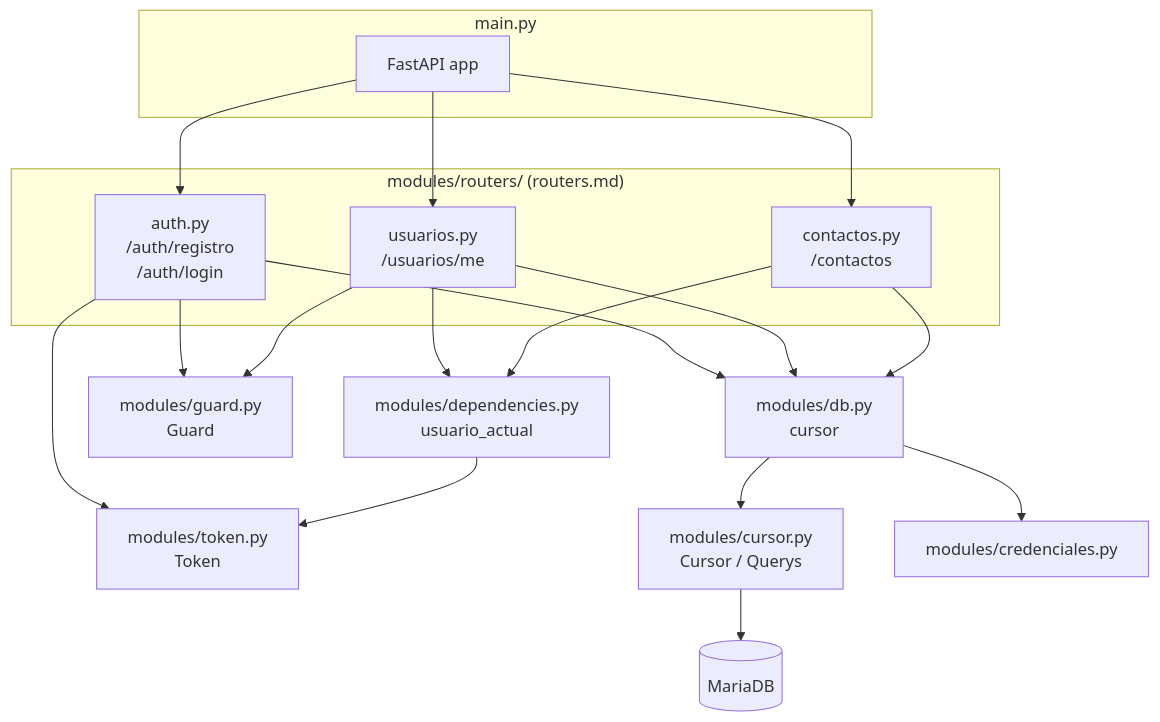
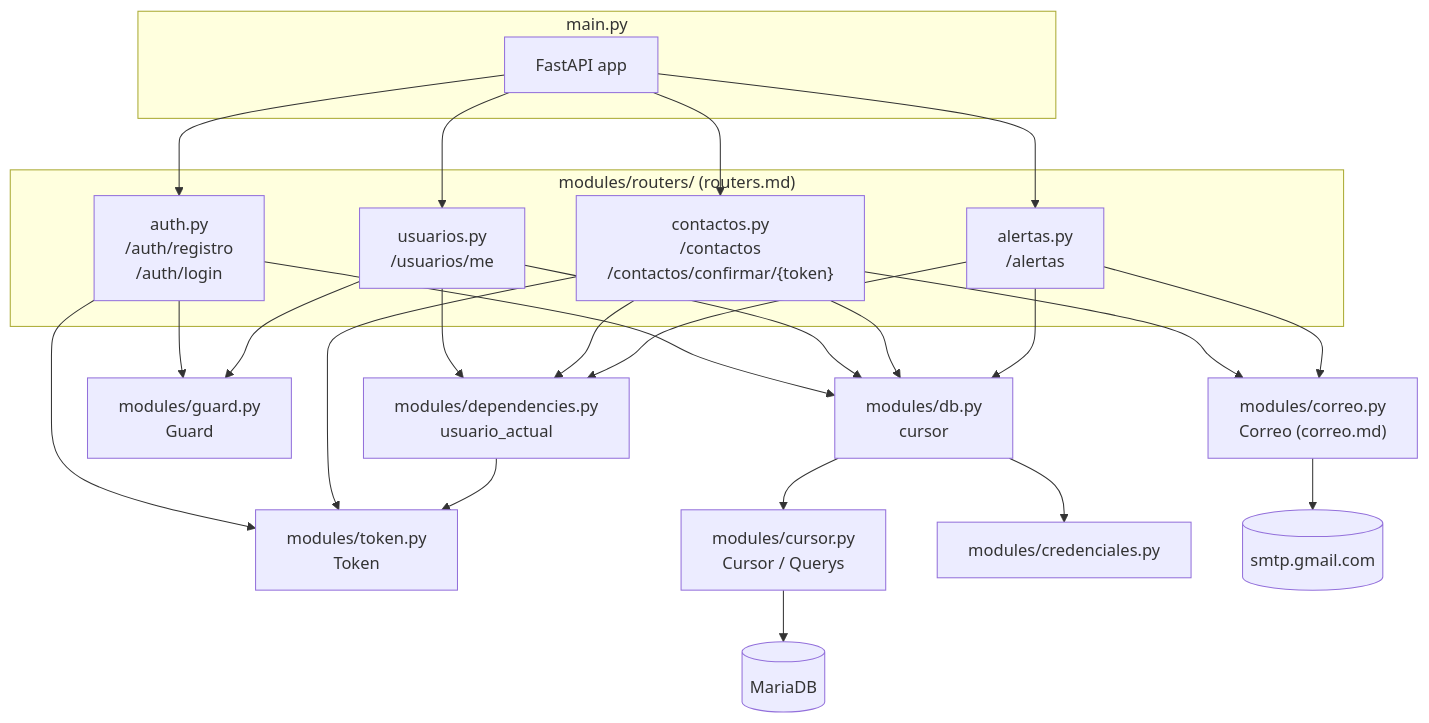
Before and after one commit to skellent/iOS-compiler: the diagram in docs/backend/main.md, drawn with Mermaid. The commit also changed other lines of this file and 14 other files, not shown here.

First line of the commit message:
Agregar sistema de alertas de pánico con notificación por correo

````diff
--- a/docs/backend/main.md
+++ b/docs/backend/main.md
@@ -29,41 +30,52 @@
 ```mermaid
 flowchart TD
     subgraph main["main.py"]
         APP["FastAPI app"]
     end
 
     subgraph routers["modules/routers/ (routers.md)"]
         AUTH["auth.py<br/>/auth/registro<br/>/auth/login"]
         USR["usuarios.py<br/>/usuarios/me"]
-        CON["contactos.py<br/>/contactos"]
+        CON["contactos.py<br/>/contactos<br/>/contactos/confirmar/{token}"]
+        ALT["alertas.py<br/>/alertas"]
     end
 
     DEPS["modules/dependencies.py<br/>usuario_actual"]
     TOKEN["modules/token.py<br/>Token"]
     GUARD["modules/guard.py<br/>Guard"]
+    CORREO["modules/correo.py<br/>Correo (correo.md)"]
     DB["modules/db.py<br/>cursor"]
     CURSOR["modules/cursor.py<br/>Cursor / Querys"]
     CRED["modules/credenciales.py"]
     MARIADB[(MariaDB)]
+    SMTP[(smtp.gmail.com)]
 
     APP --> AUTH
     APP --> USR
     APP --> CON
+    APP --> ALT
 
     AUTH --> GUARD
     AUTH --> TOKEN
     AUTH --> DB
 
     USR --> DEPS
     USR --> DB
     USR --> GUARD
 
     CON --> DEPS
     CON --> DB
+    CON --> TOKEN
+    CON --> CORREO
+
+    ALT --> DEPS
+    ALT --> DB
+    ALT --> CORREO
 
     DEPS --> TOKEN
 
     DB --> CURSOR
     DB --> CRED
     CURSOR --> MARIADB
+    CORREO --> SMTP
 ```
````
